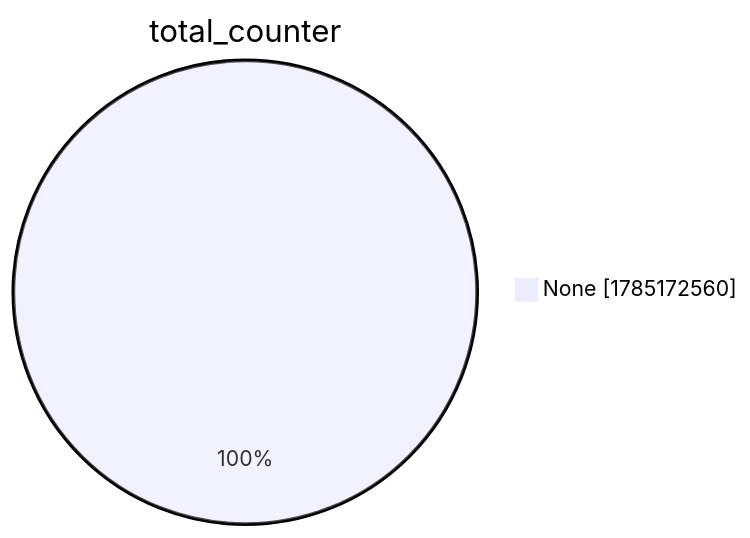
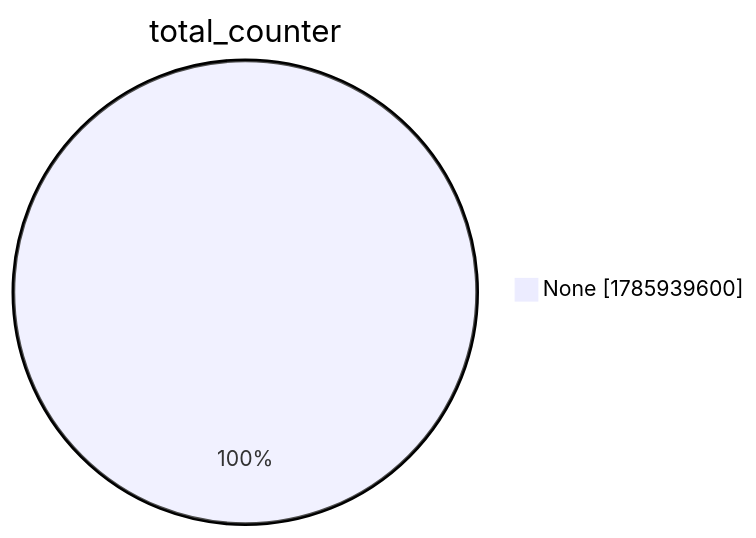
One commit to christiankrug/ctmonitor_visualization changed the second of 15 diagrams in xenon2022/README.md. Above: the diagram before and after it, drawn with Mermaid. The commit also changed other lines of this file, not shown here.

````diff
--- a/xenon2022/README.md
+++ b/xenon2022/README.md
@@ -9,5 +9,5 @@
 ```mermaid
 pie showData
 title total_counter
-"None" :1785172560
+"None" :1785939600
 ```
````
